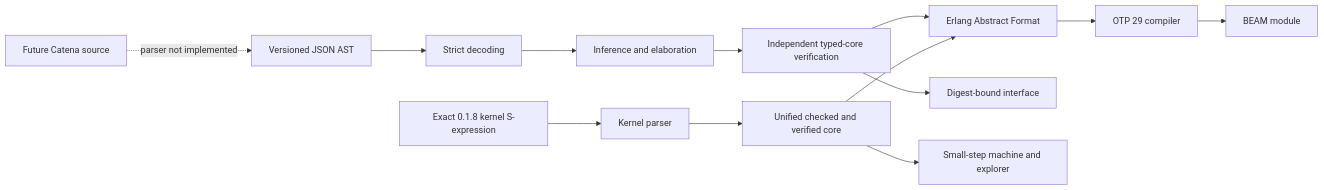
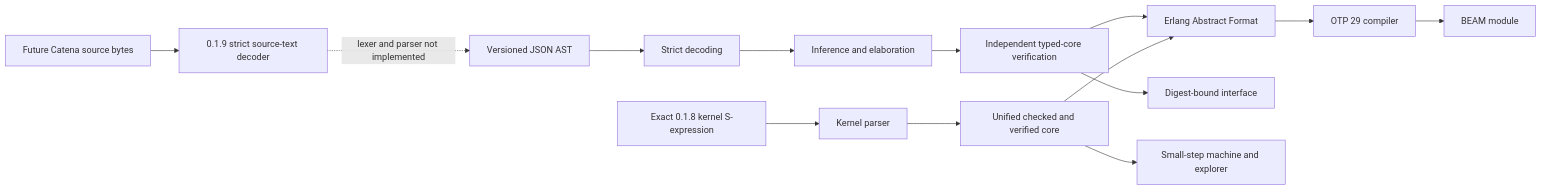
The diagram in guides/getting-started.md (pcharbon70/catena), drawn with Mermaid before and after one commit. The commit also changed other lines of this file and 31 other files, not shown here.

Commit message:
Implement C013 source-text envelope

````diff
--- a/guides/getting-started.md
+++ b/guides/getting-started.md
@@ -149,15 +161,16 @@
 ```mermaid
 flowchart LR
-    Source[Future Catena source] -. parser not implemented .-> JSON[Versioned JSON AST]
+    Source[Future Catena source bytes] --> Text[0.1.9 strict source-text decoder]
+    Text -. lexer and parser not implemented .-> JSON[Versioned JSON AST]
     Kernel[Exact 0.1.8 kernel S-expression] --> KDecode[Kernel parser]
     JSON --> Decode[Strict decoding]
     Decode --> Infer[Inference and elaboration]
     Infer --> Verify[Independent typed-core verification]
     Verify --> Lower[Erlang Abstract Format]
     Lower --> OTP[OTP 29 compiler]
     OTP --> Beam[BEAM module]
     Verify --> Interface[Digest-bound interface]
     KDecode --> KVerify[Unified checked and verified core]
     KVerify --> Lower
     KVerify --> Reference[Small-step machine and explorer]
 ```
````
